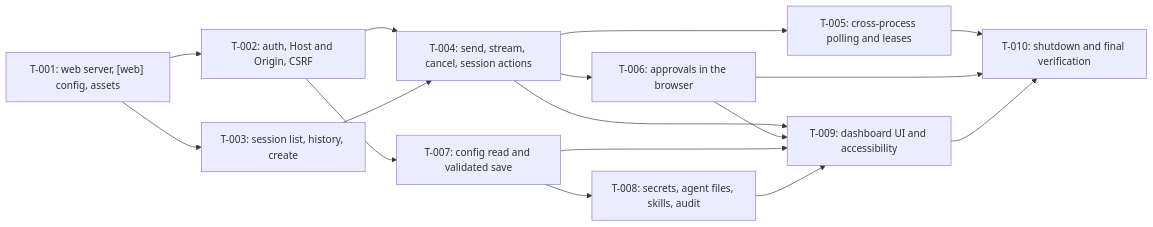
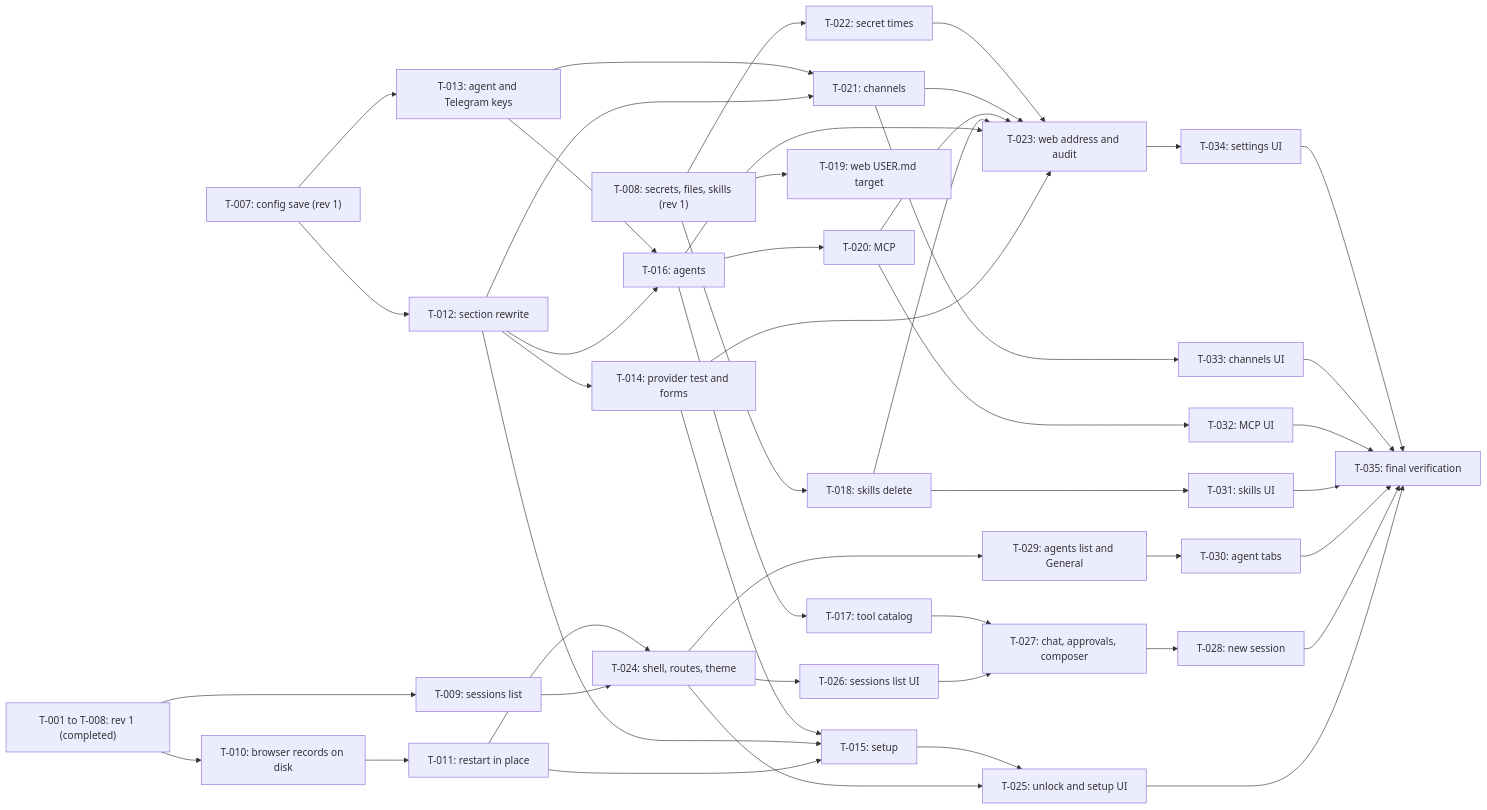
Before and after one commit to ridhomujizat/lana-harness: the diagram in docs/specs/9-web-settings-chat/tasks.md, drawn with Mermaid. The commit also changed other lines of this file and 379 other files, not shown here.

First line of the commit message:
feat(web): dashboard from the design mockup, agent teams, and ask-user questions

````diff
--- a/docs/specs/9-web-settings-chat/tasks.md
+++ b/docs/specs/9-web-settings-chat/tasks.md
@@ -66,18 +93,48 @@
 ```mermaid
 flowchart LR
-  T1["T-001: web server, [web] config, assets"] --> T2["T-002: auth, Host and Origin, CSRF"]
-  T1 --> T3["T-003: session list, history, create"]
-  T2 --> T4["T-004: send, stream, cancel, session actions"]
-  T3 --> T4
-  T4 --> T5["T-005: cross-process polling and leases"]
-  T4 --> T6["T-006: approvals in the browser"]
-  T2 --> T7["T-007: config read and validated save"]
-  T7 --> T8["T-008: secrets, agent files, skills, audit"]
-  T4 --> T9["T-009: dashboard UI and accessibility"]
-  T6 --> T9
-  T7 --> T9
-  T8 --> T9
-  T5 --> T10["T-010: shutdown and final verification"]
-  T6 --> T10
-  T9 --> T10
+  T1["T-001 to T-008: rev 1 (completed)"] --> T9["T-009: sessions list"]
+  T1 --> T10["T-010: browser records on disk"]
+  T10 --> T11["T-011: restart in place"]
+  T7["T-007: config save (rev 1)"] --> T12["T-012: section rewrite"]
+  T7 --> T13["T-013: agent and Telegram keys"]
+  T12 --> T14["T-014: provider test and forms"]
+  T11 --> T15["T-015: setup"]
+  T12 --> T15
+  T14 --> T15
+  T12 --> T16["T-016: agents"]
+  T13 --> T16
+  T16 --> T17["T-017: tool catalog"]
+  T8["T-008: secrets, files, skills (rev 1)"] --> T18["T-018: skills delete"]
+  T8 --> T19["T-019: web USER.md target"]
+  T16 --> T20["T-020: MCP"]
+  T12 --> T21["T-021: channels"]
+  T13 --> T21
+  T8 --> T22["T-022: secret times"]
+  T14 --> T23["T-023: web address and audit"]
+  T16 --> T23
+  T18 --> T23
+  T20 --> T23
+  T21 --> T23
+  T22 --> T23
+  T9 --> T24["T-024: shell, routes, theme"]
+  T11 --> T24
+  T24 --> T25["T-025: unlock and setup UI"]
+  T15 --> T25
+  T24 --> T26["T-026: sessions list UI"]
+  T26 --> T27["T-027: chat, approvals, composer"]
+  T17 --> T27
+  T27 --> T28["T-028: new session"]
+  T24 --> T29["T-029: agents list and General"]
+  T29 --> T30["T-030: agent tabs"]
+  T18 --> T31["T-031: skills UI"]
+  T20 --> T32["T-032: MCP UI"]
+  T21 --> T33["T-033: channels UI"]
+  T23 --> T34["T-034: settings UI"]
+  T25 --> T35["T-035: final verification"]
+  T28 --> T35
+  T30 --> T35
+  T31 --> T35
+  T32 --> T35
+  T33 --> T35
+  T34 --> T35
 ```
````
